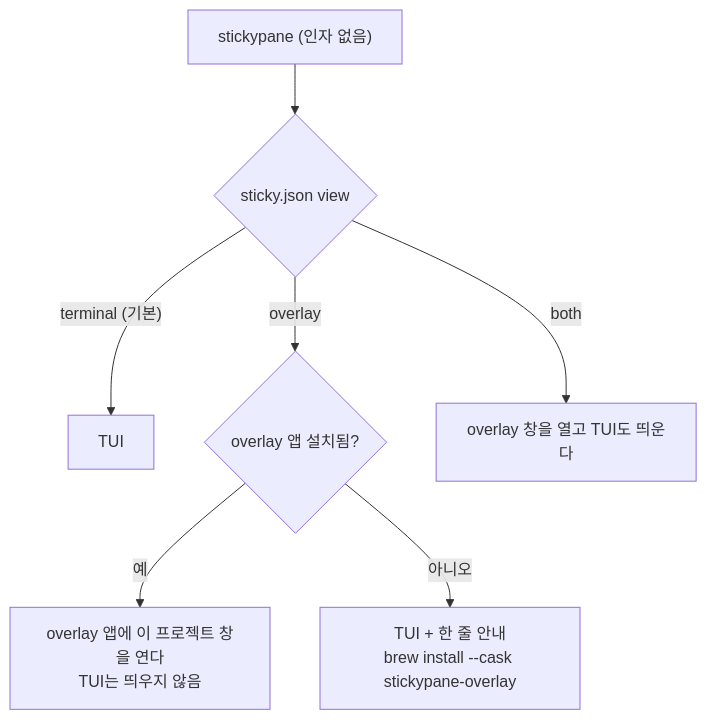
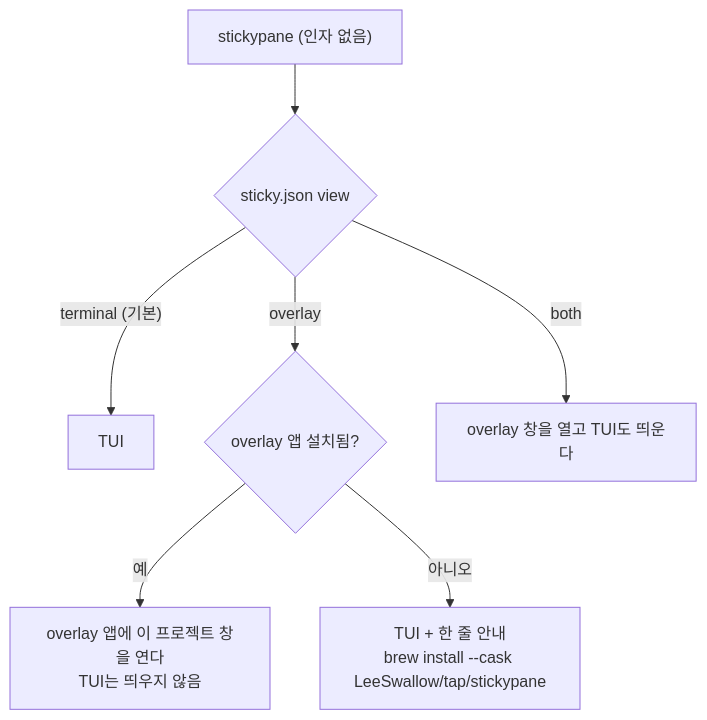
The sixth of 7 diagrams in docs/overlay/02-system-architecture.md (LeeSwallow/stickypane), drawn with Mermaid before and after one commit. The commit also changed other lines of this file and 360 other files, not shown here.

````diff
--- a/docs/overlay/02-system-architecture.md
+++ b/docs/overlay/02-system-architecture.md
@@ -198,9 +199,9 @@
 ```mermaid
 flowchart TD
   start["stickypane (인자 없음)"] --> v{"sticky.json view"}
   v -- "terminal (기본)" --> tui["TUI"]
   v -- "overlay" --> has{"overlay 앱 설치됨?"}
   has -- 예 --> launch["overlay 앱에 이 프로젝트 창을 연다<br/>TUI는 띄우지 않음"]
-  has -- 아니오 --> tui2["TUI + 한 줄 안내<br/>brew install --cask stickypane-overlay"]
+  has -- 아니오 --> tui2["TUI + 한 줄 안내<br/>brew install --cask LeeSwallow/tap/stickypane"]
   v -- "both" --> both["overlay 창을 열고 TUI도 띄운다"]
 ```
````
